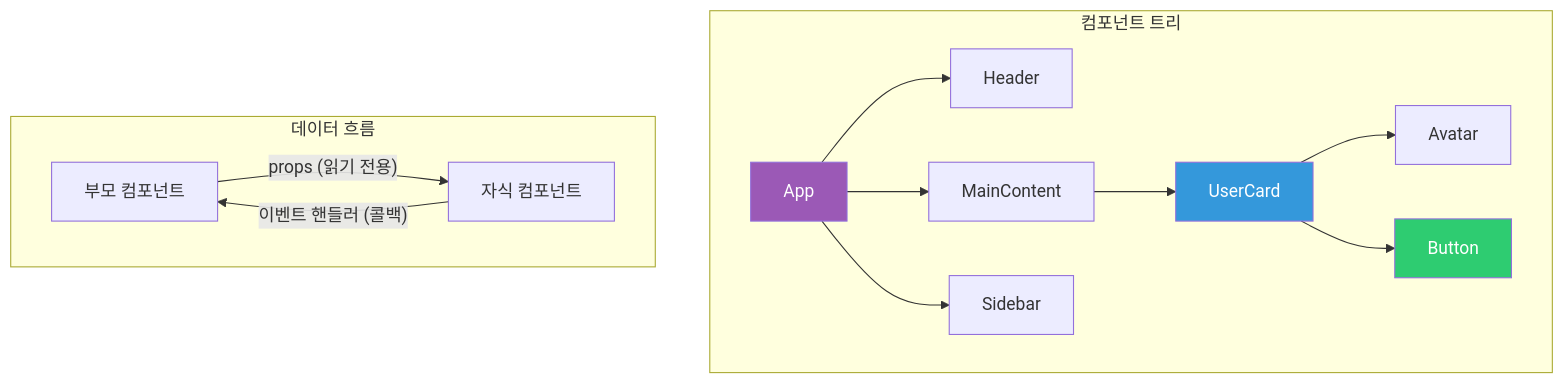
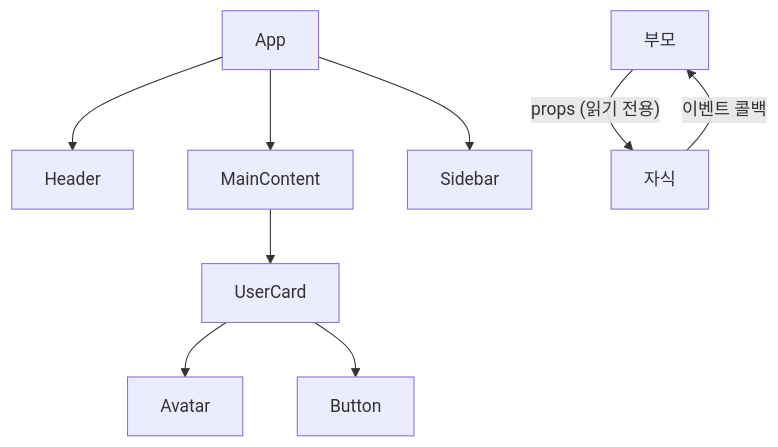
Before and after one commit to yjkim2015/yjkim2015.github.io: the first of 5 diagrams in _posts/frontend/2026-05-01-react.md, drawn with Mermaid. The commit also changed other lines of this file and 215 other files, not shown here.

First line of the commit message:
신규 포스트 10개 추가 + Mermaid 전면 축소 + SystemDesign 시리즈 보강

````diff
--- a/_posts/frontend/2026-05-01-react.md
+++ b/_posts/frontend/2026-05-01-react.md
@@ -28,30 +28,11 @@
 ```mermaid
 flowchart TD
-    subgraph "컴포넌트 트리"
-        APP["App"]
-        HEADER["Header"]
-        MAIN["MainContent"]
-        SIDEBAR["Sidebar"]
-        USERCARD["UserCard"]
-        AVATAR["Avatar"]
-        BUTTON["Button"]
-
-        APP --> HEADER
-        APP --> MAIN
-        APP --> SIDEBAR
-        MAIN --> USERCARD
-        USERCARD --> AVATAR
-        USERCARD --> BUTTON
-    end
-
-    subgraph "데이터 흐름"
-        PARENT["부모 컴포넌트"]
-        CHILD["자식 컴포넌트"]
-        PARENT -->|"props (읽기 전용)"| CHILD
-        CHILD -->|"이벤트 핸들러 (콜백)"| PARENT
-    end
-
-    style APP fill:#9b59b6,color:#fff
-    style USERCARD fill:#3498db,color:#fff
-    style BUTTON fill:#2ecc71,color:#fff
+    APP["App"] --> HEADER["Header"]
+    APP --> MAIN["MainContent"]
+    APP --> SIDEBAR["Sidebar"]
+    MAIN --> USERCARD["UserCard"]
+    USERCARD --> AVATAR["Avatar"]
+    USERCARD --> BUTTON["Button"]
+    PARENT["부모"] -->|"props (읽기 전용)"| CHILD["자식"]
+    CHILD -->|"이벤트 콜백"| PARENT
 ```
````
